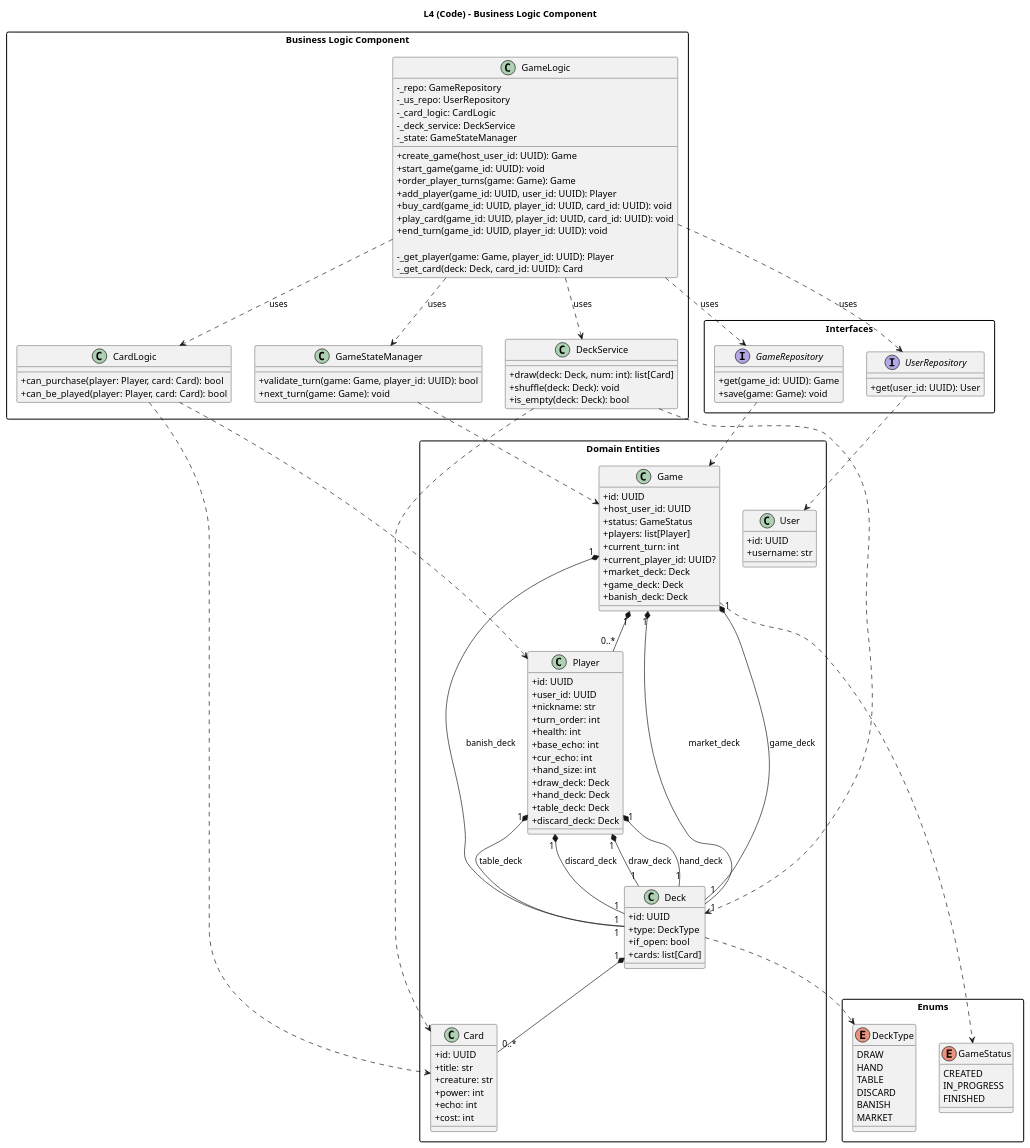
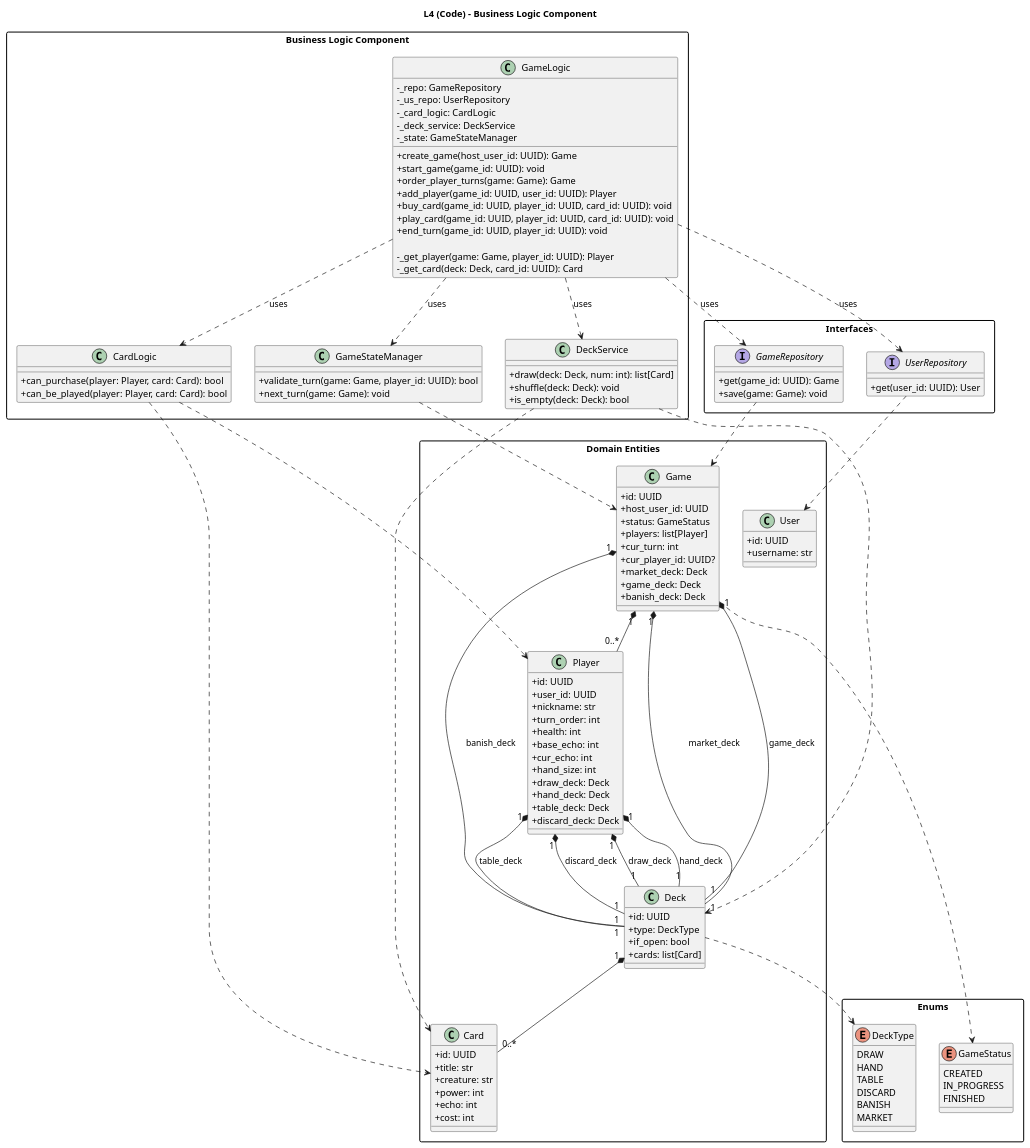
The diagram in docs/c4-l4-bl-part.puml (just-rudy/cool-magic-battles), drawn with PlantUML before and after one commit. The commit also changed 17 other files, not shown here.

```diff
--- a/docs/c4-l4-bl-part.puml
+++ b/docs/c4-l4-bl-part.puml
@@ -1,158 +1,158 @@
 @startuml c4-l4-bl-part.puml
 title L4 (Code) - Business Logic Component
 
 skinparam classAttributeIconSize 0
 skinparam shadowing false
 skinparam packageStyle rectangle
 
 package "Business Logic Component" {
 
   class GameLogic {
     - _repo: GameRepository
     - _us_repo: UserRepository
     - _card_logic: CardLogic
     - _deck_service: DeckService
     - _state: GameStateManager
 
     + create_game(host_user_id: UUID): Game
     + start_game(game_id: UUID): void
     + order_player_turns(game: Game): Game
     + add_player(game_id: UUID, user_id: UUID): Player
     + buy_card(game_id: UUID, player_id: UUID, card_id: UUID): void
     + play_card(game_id: UUID, player_id: UUID, card_id: UUID): void
     + end_turn(game_id: UUID, player_id: UUID): void
 
     - _get_player(game: Game, player_id: UUID): Player
     - _get_card(deck: Deck, card_id: UUID): Card
   }
 
   class CardLogic {
     + can_purchase(player: Player, card: Card): bool
     + can_be_played(player: Player, card: Card): bool
   }
 
   class DeckService {
     + draw(deck: Deck, num: int): list[Card]
     + shuffle(deck: Deck): void
     + is_empty(deck: Deck): bool
   }
 
   class GameStateManager {
     + validate_turn(game: Game, player_id: UUID): bool
     + next_turn(game: Game): void
   }
 }
 
 package "Interfaces" {
 
   interface GameRepository {
     + get(game_id: UUID): Game
     + save(game: Game): void
   }
 
   interface UserRepository {
     + get(user_id: UUID): User
   }
 }
 
 package "Domain Entities" {
 
   class Game {
     + id: UUID
     + host_user_id: UUID
     + status: GameStatus
     + players: list[Player]
-    + current_turn: int
-    + current_player_id: UUID?
+    + cur_turn: int
+    + cur_player_id: UUID?
     + market_deck: Deck
     + game_deck: Deck
     + banish_deck: Deck
   }
 
   class Player {
     + id: UUID
     + user_id: UUID
     + nickname: str
     + turn_order: int
     + health: int
     + base_echo: int
     + cur_echo: int
     + hand_size: int
     + draw_deck: Deck
     + hand_deck: Deck
     + table_deck: Deck
     + discard_deck: Deck
   }
 
   class Deck {
     + id: UUID
     + type: DeckType
     + if_open: bool
     + cards: list[Card]
   }
 
   class Card {
     + id: UUID
     + title: str
     + creature: str
     + power: int
     + echo: int
     + cost: int
   }
 
   class User {
     + id: UUID
     + username: str
   }
 }
 
 package "Enums" {
 
   enum GameStatus {
     CREATED
     IN_PROGRESS
     FINISHED
   }
 
   enum DeckType {
     DRAW
     HAND
     TABLE
     DISCARD
     BANISH
     MARKET
   }
 }
 
 GameLogic ..> GameRepository : uses
 GameLogic ..> UserRepository : uses
 GameLogic ..> CardLogic : uses
 GameLogic ..> DeckService : uses
 GameLogic ..> GameStateManager : uses
 
 GameRepository ..> Game
 UserRepository ..> User
 
 CardLogic ..> Player
 CardLogic ..> Card
 
 DeckService ..> Deck
 DeckService ..> Card
 
 GameStateManager ..> Game
 
 Game "1" *-- "0..*" Player
 Game "1" *-- "1" Deck : market_deck
 Game "1" *-- "1" Deck : game_deck
 Game "1" *-- "1" Deck : banish_deck
 
 Player "1" *-- "1" Deck : draw_deck
 Player "1" *-- "1" Deck : hand_deck
 Player "1" *-- "1" Deck : table_deck
 Player "1" *-- "1" Deck : discard_deck
 
 Deck "1" *-- "0..*" Card
 Game ..> GameStatus
 Deck ..> DeckType
 
 @enduml
```
